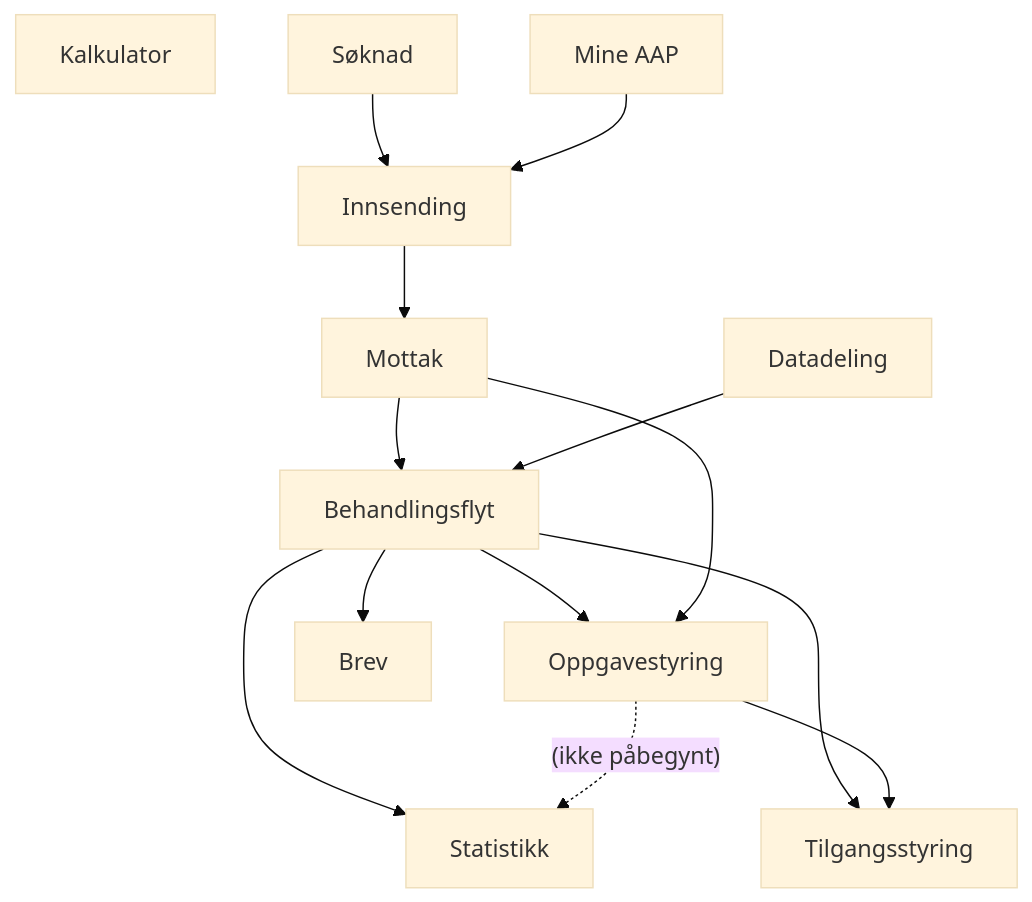
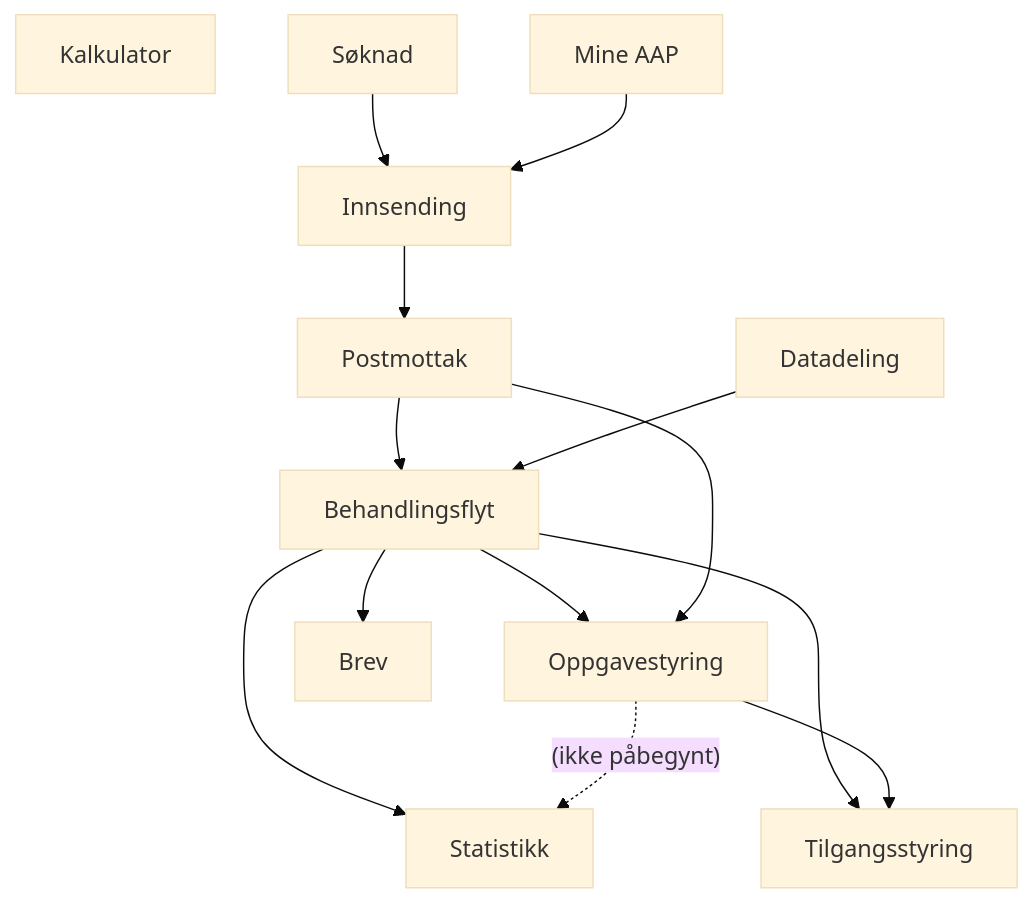
Before and after one commit to navikt/aap-intern-sysdok: the diagram in docs/funksjonalitet/funksjonalitet.md, drawn with Mermaid (base theme). The commit also changed other lines of this file and 9 other files, not shown here.

Commit message:
Fjern referanser til mottak. Appen er slettet.

````diff
--- a/docs/funksjonalitet/funksjonalitet.md
+++ b/docs/funksjonalitet/funksjonalitet.md
@@ -88,16 +83,16 @@
 ```mermaid
 graph TD
 KA[Kalkulator]
 SK[Søknad] --> IS[Innsending]
 MA[Mine AAP] --> IS
-IS --> PM[Mottak]
+IS --> PM[Postmottak]
 PM --> VT[Behandlingsflyt]
 VT --> OP[Oppgavestyring]
 VT --> TS[Tilgangsstyring]
 PM --> OP
 VT --> BR[Brev]
 VT --> ST[Statistikk]
 OP -. (ikke påbegynt) .-> ST
 DA[Datadeling] --> VT
 OP --> TS
 ```
````
